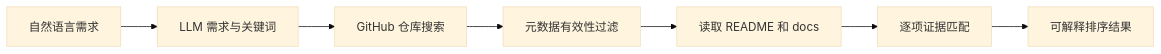
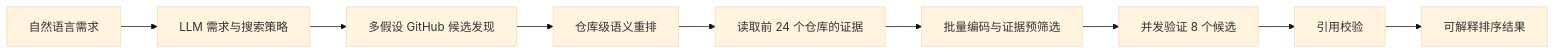
Before and after one commit to ETOLucy/RepoScoutAgent: the diagram in README.md, drawn with Mermaid (base theme). The commit also changed other lines of this file and 46 other files, not shown here.

````diff
--- a/README.md
+++ b/README.md
@@ -15,9 +20,11 @@
 ```mermaid
 flowchart LR
-    A[自然语言需求] --> B[LLM 需求与关键词]
-    B --> C[GitHub 仓库搜索]
-    C --> D[元数据有效性过滤]
-    D --> E[读取 README 和 docs]
-    E --> F[逐项证据匹配]
-    F --> G[可解释排序结果]
+    A[自然语言需求] --> B[LLM 需求与搜索策略]
+    B --> C[多假设 GitHub 候选发现]
+    C --> D[仓库级语义重排]
+    D --> E[读取前 24 个仓库的证据]
+    E --> I[批量编码与证据预筛选]
+    I --> F[并发验证 8 个候选]
+    F --> H[引用校验]
+    H --> G[可解释排序结果]
 ```
````
